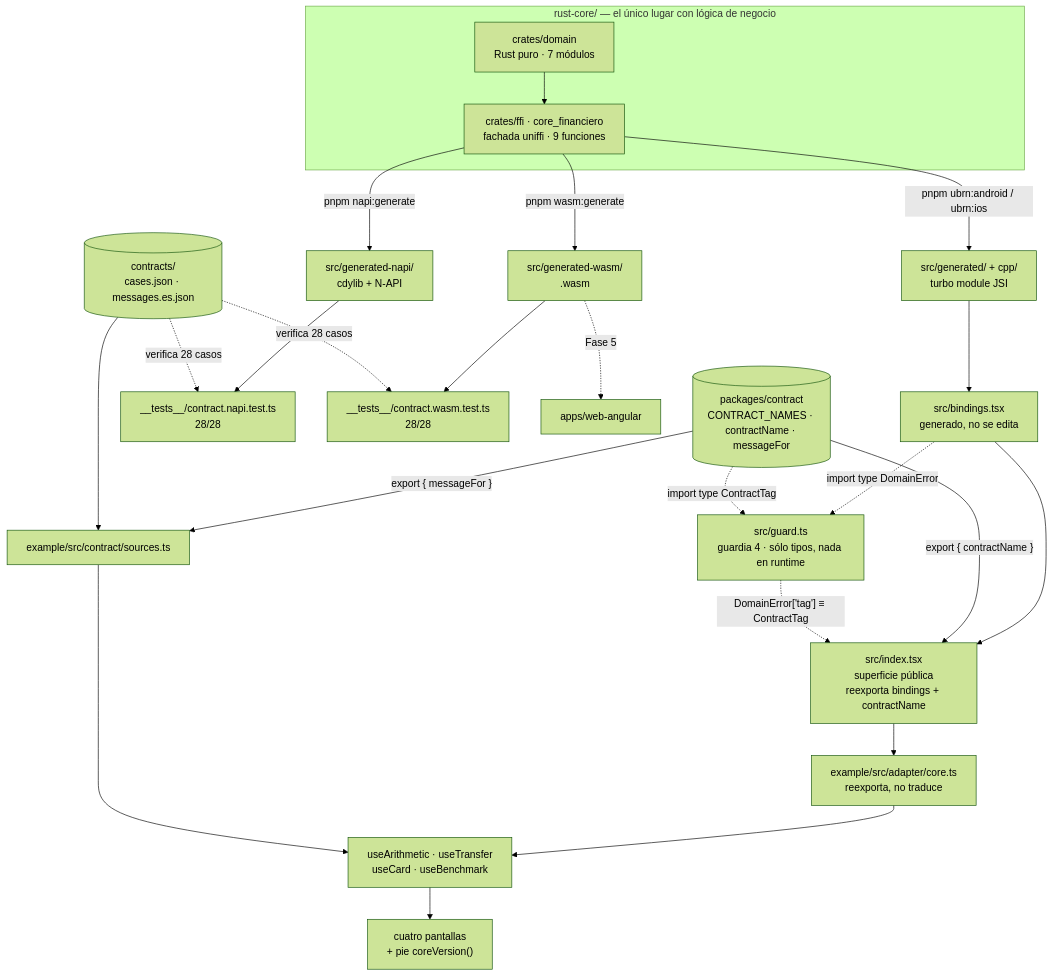
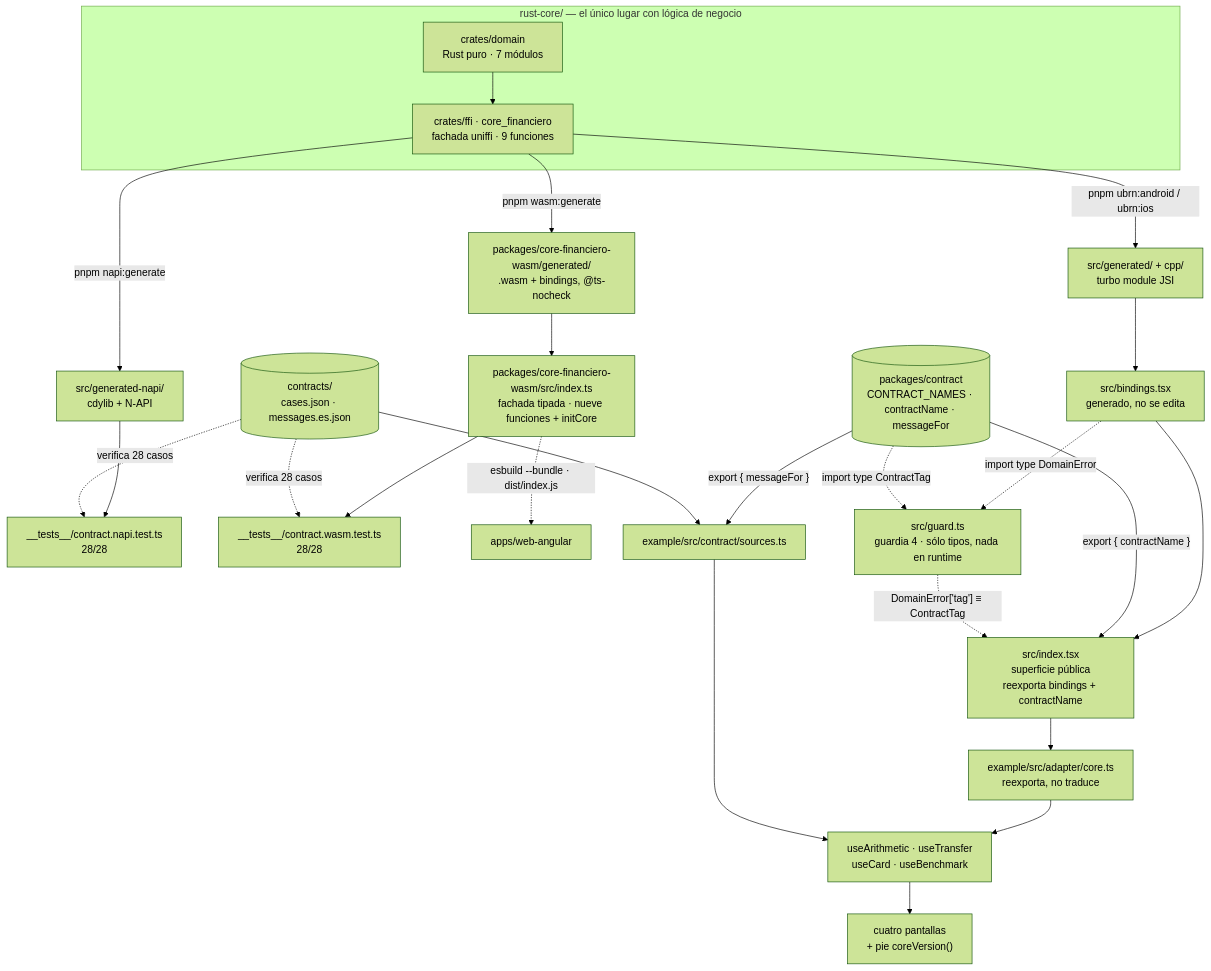
Before and after one commit to tohure/rust-core-cross-app: the diagram in apps/react-native/README.md, drawn with Mermaid (forest theme). The commit also changed 11 other files, not shown here.

````diff
--- a/apps/react-native/README.md
+++ b/apps/react-native/README.md
@@ -39,35 +39,37 @@
 ```mermaid
 flowchart TD
     subgraph core["rust-core/ — el único lugar con lógica de negocio"]
         domain["crates/domain<br/>Rust puro · 7 módulos"]
         ffi["crates/ffi · core_financiero<br/>fachada uniffi · 9 funciones"]
         domain --> ffi
     end
 
     ffi -->|"pnpm ubrn:android / ubrn:ios"| jsi["src/generated/ + cpp/<br/>turbo module JSI"]
     ffi -->|"pnpm napi:generate"| napi["src/generated-napi/<br/>cdylib + N-API"]
-    ffi -->|"pnpm wasm:generate"| wasm["src/generated-wasm/<br/>.wasm"]
+    ffi -->|"pnpm wasm:generate"| wasmgen["packages/core-financiero-wasm/generated/<br/>.wasm + bindings, @ts-nocheck"]
 
     jsi --> bindings["src/bindings.tsx<br/>generado, no se edita"]
     bindings --> index["src/index.tsx<br/>superficie pública<br/>reexporta bindings + contractName"]
     index --> adapter["example/src/adapter/core.ts<br/>reexporta, no traduce"]
     adapter --> hooks["useArithmetic · useTransfer<br/>useCard · useBenchmark"]
     hooks --> screens["cuatro pantallas<br/>+ pie coreVersion()"]
 
+    wasmgen --> wasmfacade["packages/core-financiero-wasm/src/index.ts<br/>fachada tipada · nueve funciones + initCore"]
+
     napi --> tnapi["__tests__/contract.napi.test.ts<br/>28/28"]
-    wasm --> twasm["__tests__/contract.wasm.test.ts<br/>28/28"]
-    wasm -.->|"Fase 5"| angular["apps/web-angular"]
+    wasmfacade --> twasm["__tests__/contract.wasm.test.ts<br/>28/28"]
+    wasmfacade -.->|"esbuild --bundle · dist/index.js"| angular["apps/web-angular"]
 
     contratoPkg[("packages/contract<br/>CONTRACT_NAMES · contractName · messageFor")]
     contratoPkg -->|"export { contractName }"| index
     contratoPkg -->|"export { messageFor }"| fuentes
     bindings -.->|"import type DomainError"| guard["src/guard.ts<br/>guardia 4 · sólo tipos, nada en runtime"]
     contratoPkg -.->|"import type ContractTag"| guard
     guard -.->|"DomainError['tag'] ≡ ContractTag"| index
 
     contrato[("contracts/<br/>cases.json · messages.es.json")]
     contrato --> fuentes["example/src/contract/sources.ts"]
     fuentes --> hooks
     contrato -.->|"verifica 28 casos"| tnapi
     contrato -.->|"verifica 28 casos"| twasm
 ```
````
